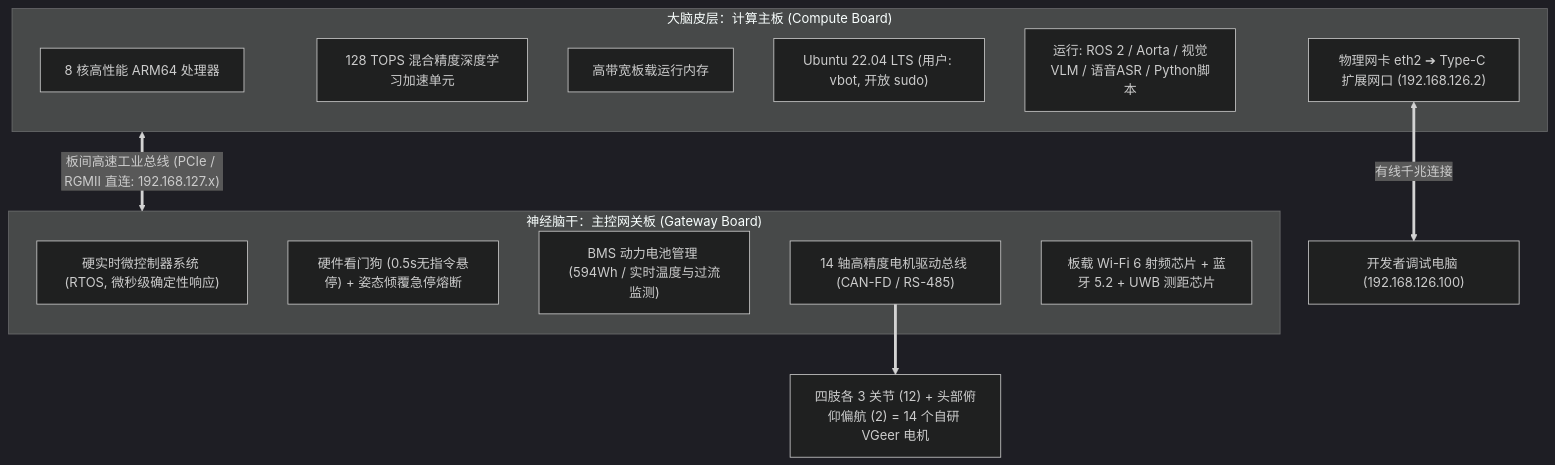
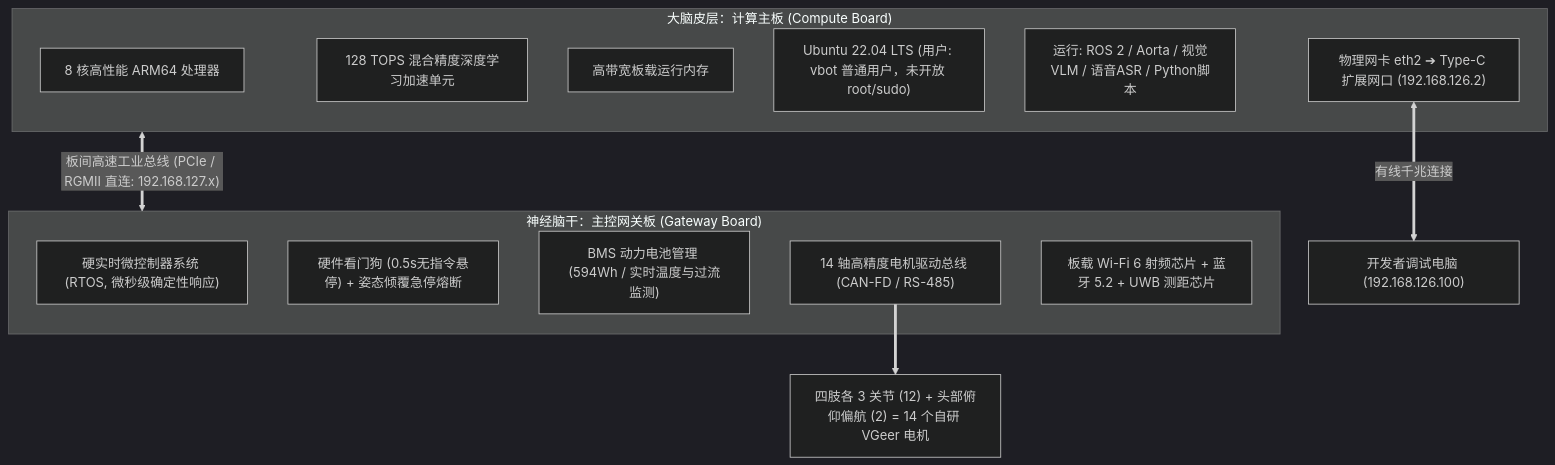
One commit to 00make/vbot-docs changed the diagram in 02-architecture-comm/2.1-dual-brain-architecture.md. Above: the diagram before and after it, drawn with Mermaid (dark theme). The commit also changed other lines of this file and 10 other files, not shown here.

````diff
--- a/02-architecture-comm/2.1-dual-brain-architecture.md
+++ b/02-architecture-comm/2.1-dual-brain-architecture.md
@@ -39,23 +39,23 @@
 ```mermaid
 flowchart TB
     subgraph Brain1["大脑皮层：计算主板 (Compute Board)"]
         CPU["8 核高性能 ARM64 处理器"]
         NPU["128 TOPS 混合精度深度学习加速单元"]
         RAM["高带宽板载运行内存"]
-        OS["Ubuntu 22.04 LTS (用户: vbot, 开放 sudo)"]
+        OS["Ubuntu 22.04 LTS (用户: vbot 普通用户，未开放 root/sudo)"]
         Workload["运行: ROS 2 / Aorta / 视觉VLM / 语音ASR / Python脚本"]
         Eth2["物理网卡 eth2 ➔ Type-C 扩展网口 (192.168.126.2)"]
     end
 
     subgraph Brain2["神经脑干：主控网关板 (Gateway Board)"]
         RTOS["硬实时微控制器系统 (RTOS, 微秒级确定性响应)"]
         Safety["硬件看门狗 (0.5s无指令悬停) + 姿态倾覆急停熔断"]
         BMS["BMS 动力电池管理 (594Wh / 实时温度与过流监测)"]
         Bus14["14 轴高精度电机驱动总线 (CAN-FD / RS-485)"]
         RF["板载 Wi-Fi 6 射频芯片 + 蓝牙 5.2 + UWB 测距芯片"]
     end
 
     Eth2 <== "有线千兆连接" ==> DevPC["开发者调试电脑 (192.168.126.100)"]
     Brain1 <== "板间高速工业总线 (PCIe / RGMII 直连: 192.168.127.x)" ==> Brain2
     Bus14 ==> Motors["四肢各 3 关节 (12) + 头部俯仰偏航 (2) = 14 个自研 VGeer 电机"]
 ```
````
